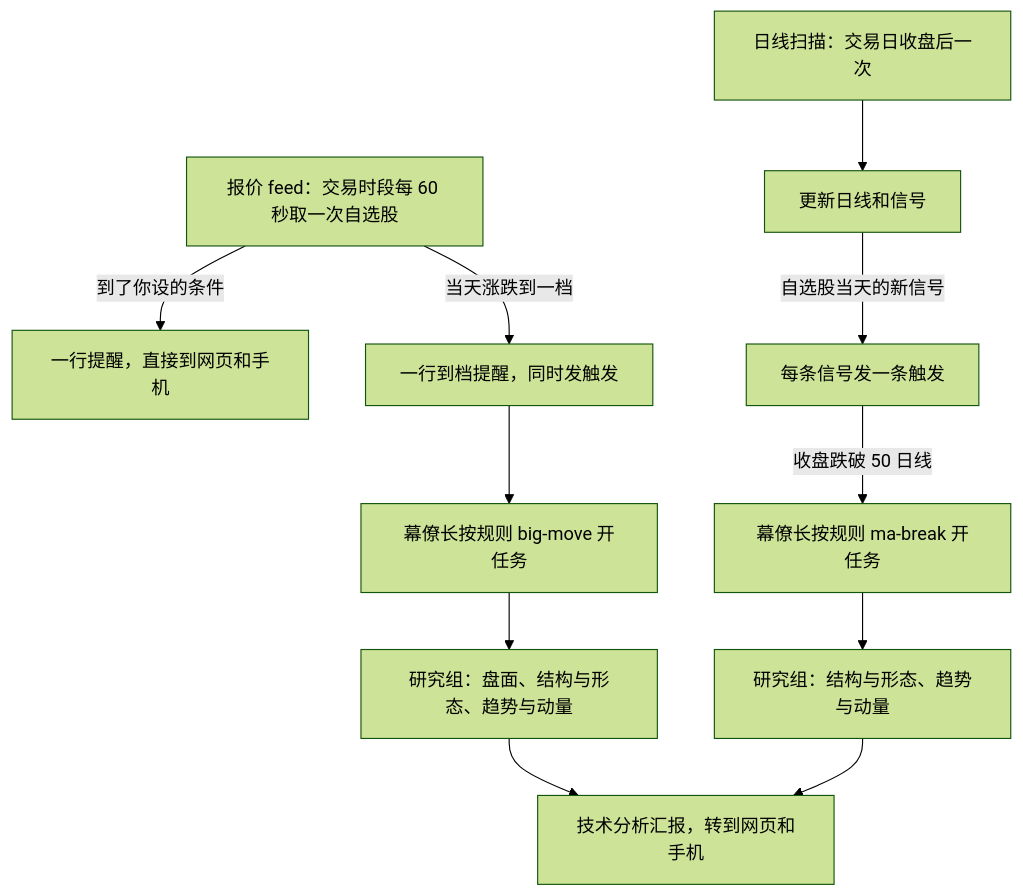
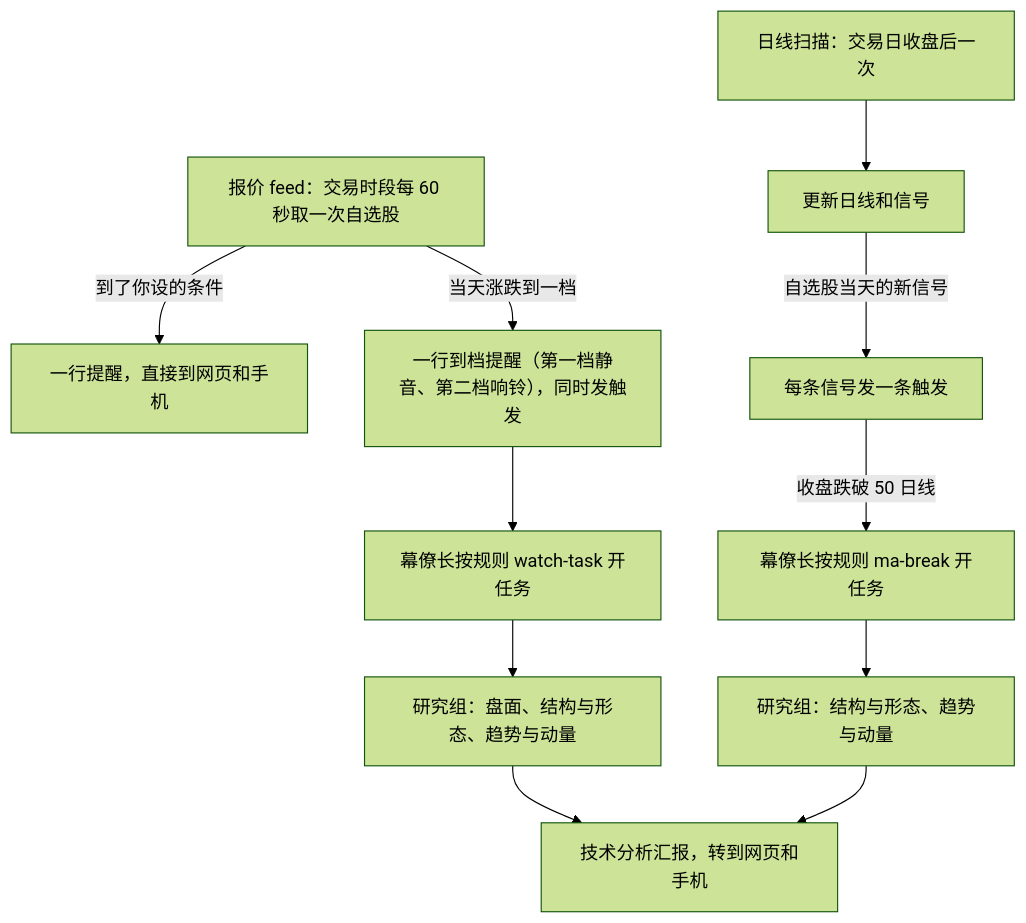
The diagram in docs/modules/stock-ta-cookbook.md (aicoder2048/pi-super-agent), drawn with Mermaid (forest theme) before and after one commit. The commit also changed other lines of this file, not shown here.

Commit message:
docs(stock-ta): cookbook marks phase 1 live (silent first band, watch-rules table, chat edits)

````diff
--- a/docs/modules/stock-ta-cookbook.md
+++ b/docs/modules/stock-ta-cookbook.md
@@ -274,14 +274,14 @@
 ```mermaid
 flowchart TB
   F["报价 feed：交易时段每 60 秒取一次自选股"]
   F -->|到了你设的条件| A["一行提醒，直接到网页和手机"]
-  F -->|当天涨跌到一档| B["一行到档提醒，同时发触发"]
-  B --> R["幕僚长按规则 big-move 开任务"]
+  F -->|当天涨跌到一档| B["一行到档提醒（第一档静音、第二档响铃），同时发触发"]
+  B --> R["幕僚长按规则 watch-task 开任务"]
   R --> T["研究组：盘面、结构与形态、趋势与动量"]
   T --> P["技术分析汇报，转到网页和手机"]
   S["日线扫描：交易日收盘后一次"] --> D["更新日线和信号"]
   D -->|自选股当天的新信号| G["每条信号发一条触发"]
   G -->|收盘跌破 50 日线| M["幕僚长按规则 ma-break 开任务"]
   M --> T2["研究组：结构与形态、趋势与动量"]
   T2 --> P
 ```
````
